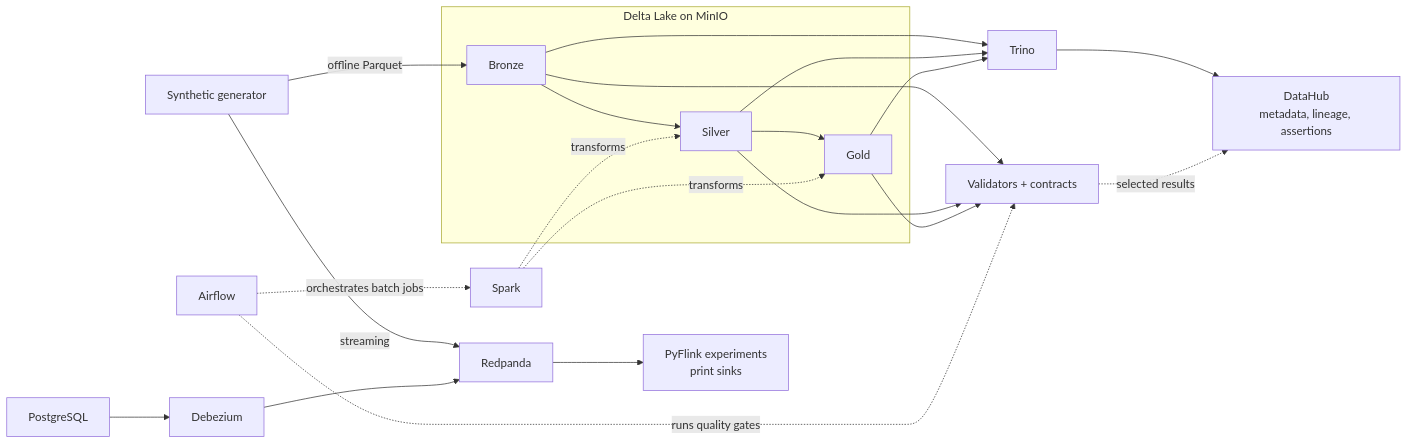
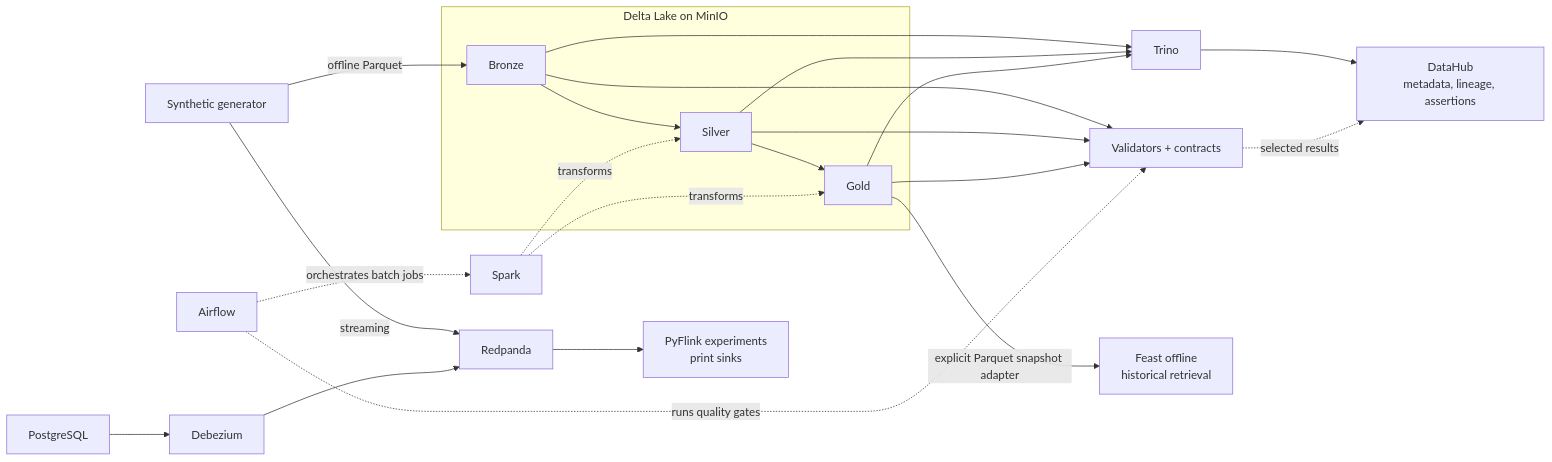
The diagram in README.md (HuyyGiaa/ewallet-data-ai-platform), drawn with Mermaid before and after one commit. The commit also changed other lines of this file and 24 other files, not shown here.

Commit message:
feat: add Feast offline feature retrieval

````diff
--- a/README.md
+++ b/README.md
@@ -11,34 +11,36 @@
 ```mermaid
 flowchart LR
     GEN["Synthetic generator"]
     PG["PostgreSQL"]
     DBZ["Debezium"]
     RP["Redpanda"]
     FLINK["PyFlink experiments<br/>print sinks"]
 
     subgraph MINIO["Delta Lake on MinIO"]
         BR["Bronze"] --> SI["Silver"] --> GO["Gold"]
     end
 
     SPARK["Spark"]
     TRINO["Trino"]
     DQ["Validators + contracts"]
     AIRFLOW["Airflow"]
     DATAHUB["DataHub<br/>metadata, lineage, assertions"]
+    FEAST["Feast offline<br/>historical retrieval"]
 
     GEN -->|offline Parquet| BR
     GEN -->|streaming| RP --> FLINK
     PG --> DBZ --> RP
     SPARK -.transforms.-> SI
     SPARK -.transforms.-> GO
     BR --> TRINO
     SI --> TRINO
     GO --> TRINO
+    GO -->|explicit Parquet snapshot adapter| FEAST
     BR --> DQ
     SI --> DQ
     GO --> DQ
     TRINO --> DATAHUB
     DQ -.selected results.-> DATAHUB
     AIRFLOW -.orchestrates batch jobs.-> SPARK
     AIRFLOW -.runs quality gates.-> DQ
 ```
````
